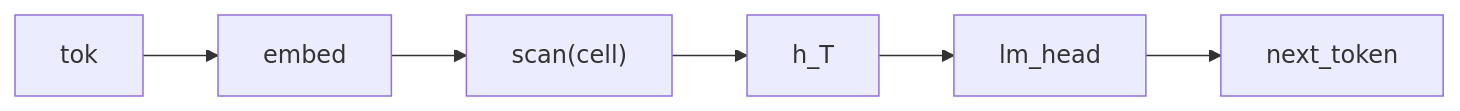
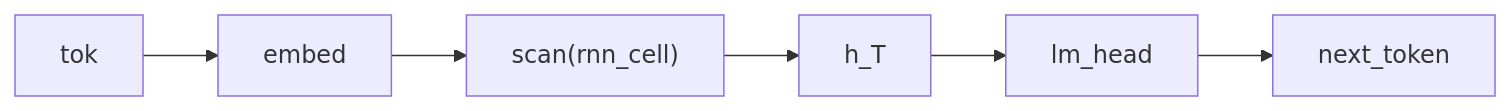
One commit to FACTSlab/quivers changed the diagram in docs/examples/vanilla-rnn-lm.md. Above: the diagram before and after it, drawn with Mermaid. The commit also changed other lines of this file and 548 other files, not shown here.

````diff
--- a/docs/examples/vanilla-rnn-lm.md
+++ b/docs/examples/vanilla-rnn-lm.md
@@ -33,8 +72,8 @@
 ```mermaid
 flowchart LR
     tok["tok"] --> embed["embed"]
-    embed["embed"] --> scan_cell_["scan(cell)"]
-    scan_cell_["scan(cell)"] --> h_T["h_T"]
+    embed["embed"] --> scan_cell_["scan(rnn_cell)"]
+    scan_cell_["scan(rnn_cell)"] --> h_T["h_T"]
     h_T["h_T"] --> lm_head["lm_head"]
     lm_head["lm_head"] --> next_token["next_token"]
 ```
````
